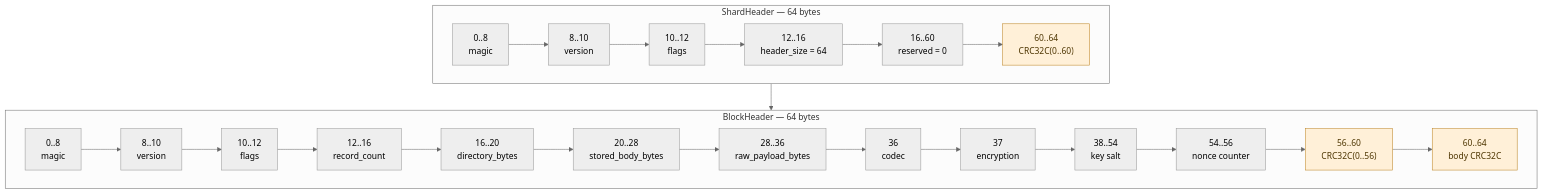
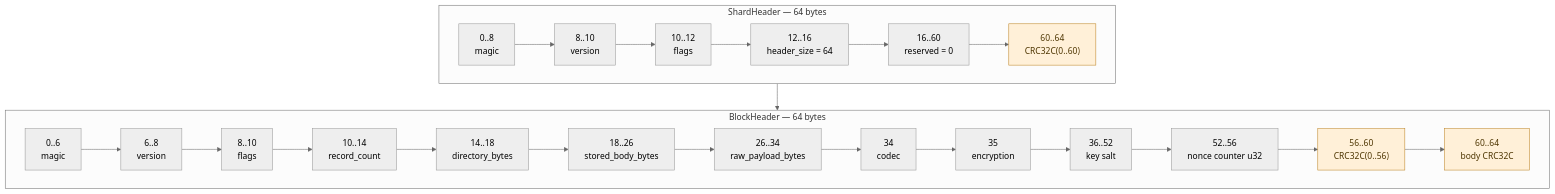
One commit to SunDoge/shardpack changed the second of 4 diagrams in docs/spk-parsing.md. Above: the diagram before and after it, drawn with Mermaid (neutral theme). The commit also changed other lines of this file and 11 other files, not shown here.

````diff
--- a/docs/spk-parsing.md
+++ b/docs/spk-parsing.md
@@ -32,36 +32,36 @@
 ```mermaid
 flowchart TB
     subgraph SH["ShardHeader — 64 bytes"]
         direction LR
         sh0["0..8<br/>magic"]
         sh1["8..10<br/>version"]
         sh2["10..12<br/>flags"]
         sh3["12..16<br/>header_size = 64"]
         sh4["16..60<br/>reserved = 0"]
         sh6["60..64<br/>CRC32C(0..60)"]
         sh0 --> sh1 --> sh2 --> sh3 --> sh4 --> sh6
     end
 
     subgraph BH["BlockHeader — 64 bytes"]
         direction LR
-        bh0["0..8<br/>magic"]
-        bh1["8..10<br/>version"]
-        bh2["10..12<br/>flags"]
-        bh3["12..16<br/>record_count"]
-        bh4["16..20<br/>directory_bytes"]
-        bh5["20..28<br/>stored_body_bytes"]
-        bh6["28..36<br/>raw_payload_bytes"]
-        bh7["36<br/>codec"]
-        bh8["37<br/>encryption"]
-        bh9["38..54<br/>key salt"]
-        bh10["54..56<br/>nonce counter"]
+        bh0["0..6<br/>magic"]
+        bh1["6..8<br/>version"]
+        bh2["8..10<br/>flags"]
+        bh3["10..14<br/>record_count"]
+        bh4["14..18<br/>directory_bytes"]
+        bh5["18..26<br/>stored_body_bytes"]
+        bh6["26..34<br/>raw_payload_bytes"]
+        bh7["34<br/>codec"]
+        bh8["35<br/>encryption"]
+        bh9["36..52<br/>key salt"]
+        bh10["52..56<br/>nonce counter u32"]
         bh11["56..60<br/>CRC32C(0..56)"]
         bh12["60..64<br/>body CRC32C"]
         bh0 --> bh1 --> bh2 --> bh3 --> bh4 --> bh5 --> bh6 --> bh7 --> bh8 --> bh9 --> bh10 --> bh11 --> bh12
     end
 
     SH --> BH
 
     classDef checksum fill:#fff0d8,color:#4d3500,stroke:#bd8425;
     class sh6,bh11,bh12 checksum;
 ```
````
